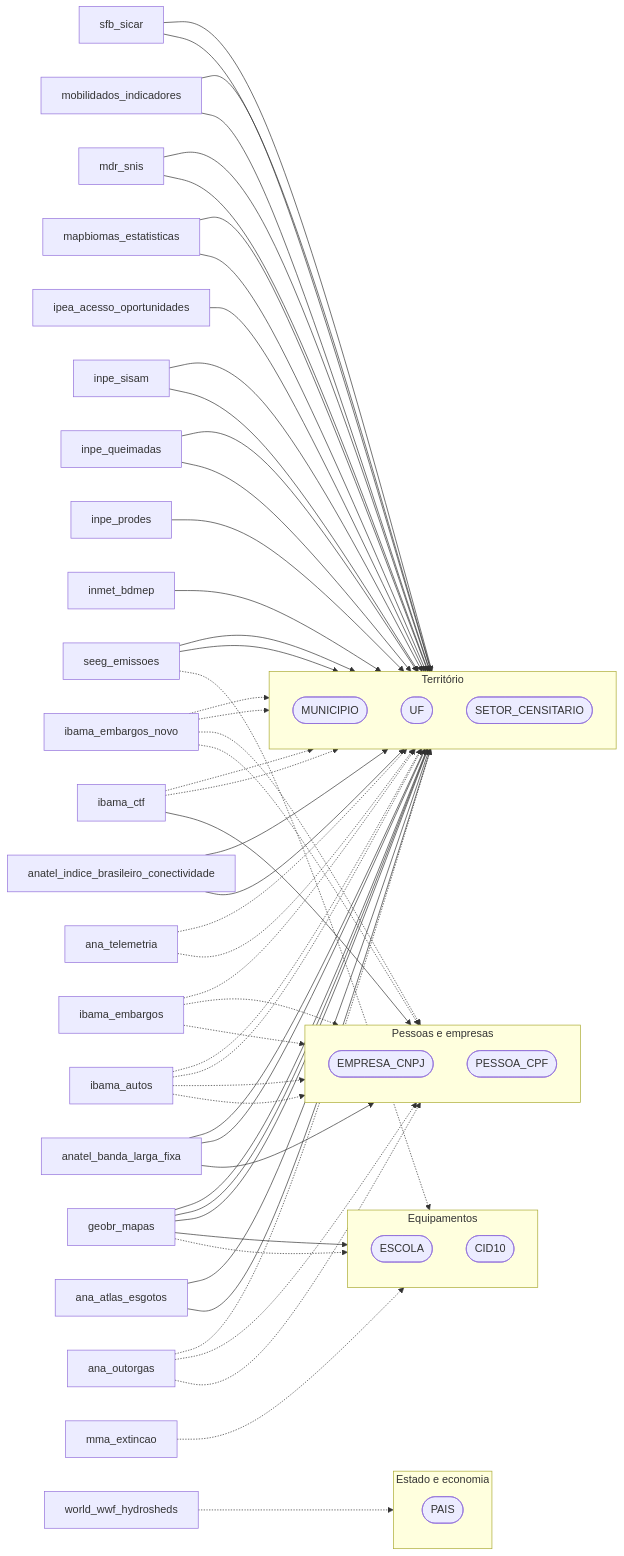
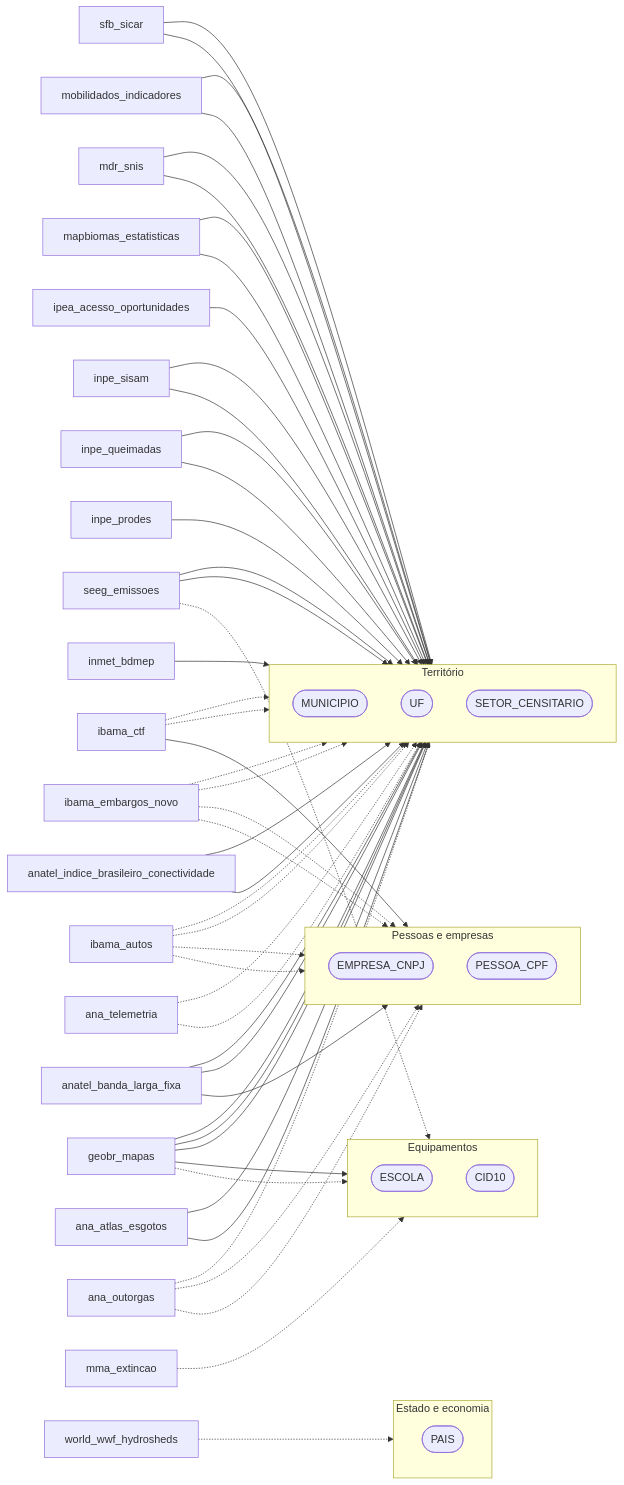
One commit to rafapolo/rodado changed the ninth of 12 diagrams in docs/Flow.md. Above: the diagram before and after it, drawn with Mermaid. The commit also changed other lines of this file and 17 other files, not shown here.

```diff
--- a/docs/Flow.md
+++ b/docs/Flow.md
@@ -768,7 +783,6 @@
     territorio_br_geobr_mapas["geobr_mapas"]
     territorio_br_ibama_autos["ibama_autos"]
     territorio_br_ibama_ctf["ibama_ctf"]
-    territorio_br_ibama_embargos["ibama_embargos"]
     territorio_br_ibama_embargos_novo["ibama_embargos_novo"]
     territorio_br_inmet_bdmep["inmet_bdmep"]
     territorio_br_inpe_prodes["inpe_prodes"]
@@ -826,9 +840,6 @@
     territorio_br_ibama_ctf --> territorio_EMPRESA_CNPJ
     territorio_br_ibama_ctf -.-> territorio_MUNICIPIO
     territorio_br_ibama_ctf -.-> territorio_UF
-    territorio_br_ibama_embargos -.-> territorio_EMPRESA_CNPJ
-    territorio_br_ibama_embargos -.-> territorio_MUNICIPIO
-    territorio_br_ibama_embargos -.-> territorio_PESSOA_CPF
     territorio_br_ibama_embargos_novo -.-> territorio_EMPRESA_CNPJ
     territorio_br_ibama_embargos_novo -.-> territorio_MUNICIPIO
     territorio_br_ibama_embargos_novo -.-> territorio_PESSOA_CPF
```
